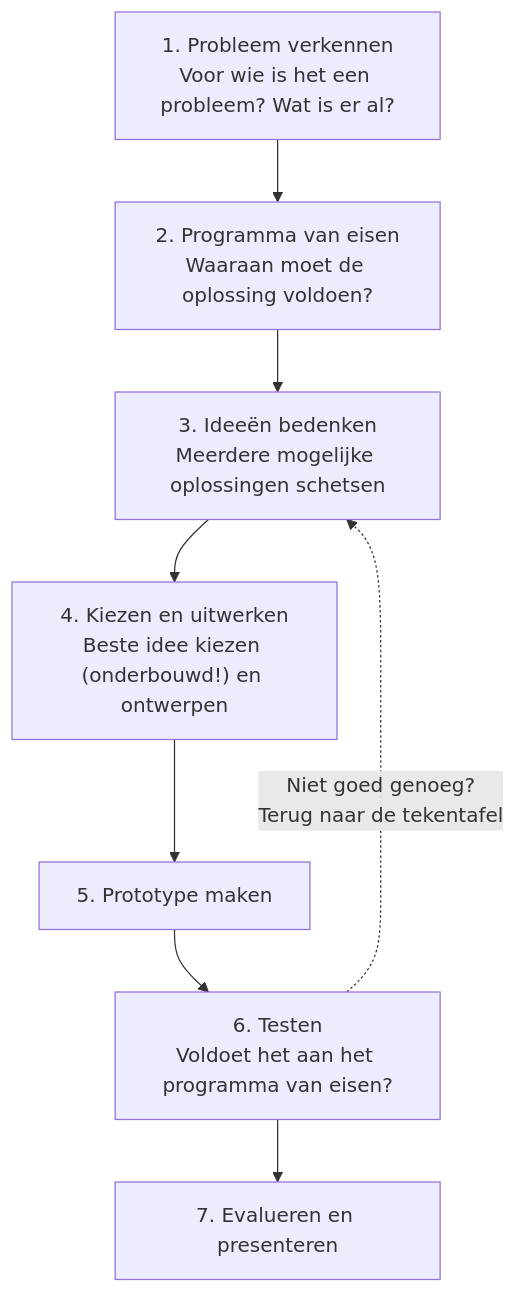
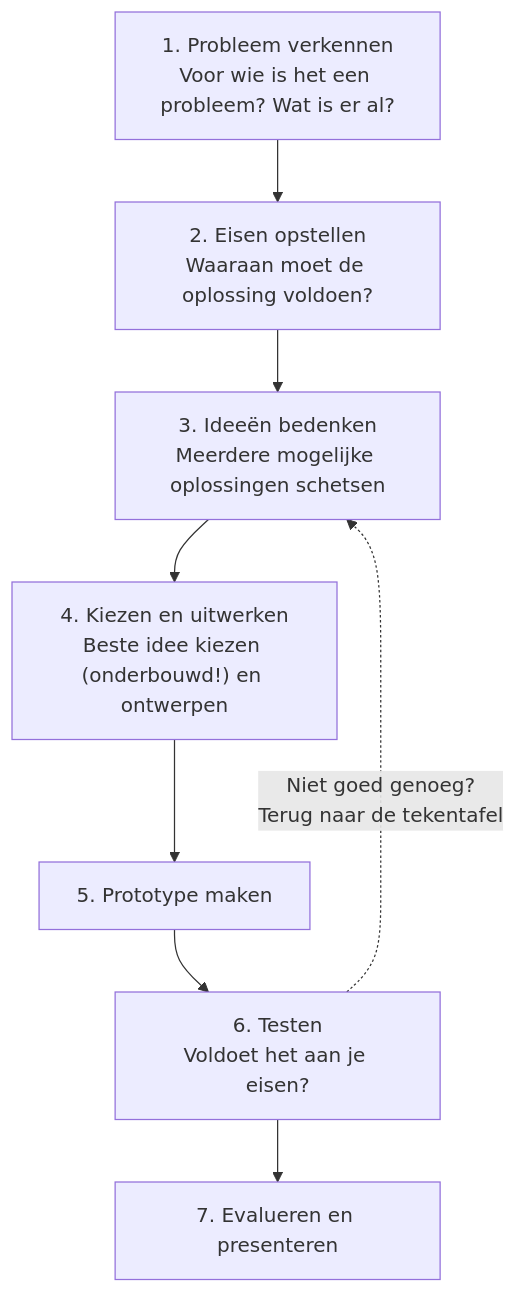
The diagram in sites/wo/onderzoek/docs/theoriegericht-vs-ontwerpgericht.md (Coderius-Education/docs), drawn with Mermaid before and after one commit. The commit also changed other lines of this file and 1 other file, not shown here.

First line of the commit message:
Onderzoekscyclus en programma van eisen van vergelijkingspagina gehaald

````diff
--- a/sites/wo/onderzoek/docs/theoriegericht-vs-ontwerpgericht.md
+++ b/sites/wo/onderzoek/docs/theoriegericht-vs-ontwerpgericht.md
@@ -80,10 +52,10 @@
 ```mermaid
 flowchart TD
-    A["1. Probleem verkennen<br/>Voor wie is het een probleem? Wat is er al?"] --> B["2. Programma van eisen<br/>Waaraan moet de oplossing voldoen?"]
+    A["1. Probleem verkennen<br/>Voor wie is het een probleem? Wat is er al?"] --> B["2. Eisen opstellen<br/>Waaraan moet de oplossing voldoen?"]
     B --> C["3. Ideeën bedenken<br/>Meerdere mogelijke oplossingen schetsen"]
     C --> D["4. Kiezen en uitwerken<br/>Beste idee kiezen (onderbouwd!) en ontwerpen"]
     D --> E["5. Prototype maken"]
-    E --> F["6. Testen<br/>Voldoet het aan het programma van eisen?"]
+    E --> F["6. Testen<br/>Voldoet het aan je eisen?"]
     F --> G["7. Evalueren en presenteren"]
     F -.->|"Niet goed genoeg?<br/>Terug naar de tekentafel"| C
 ```
````
